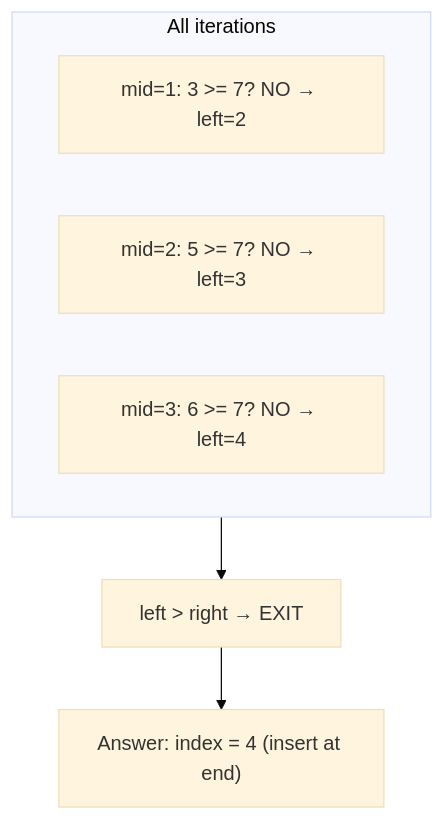
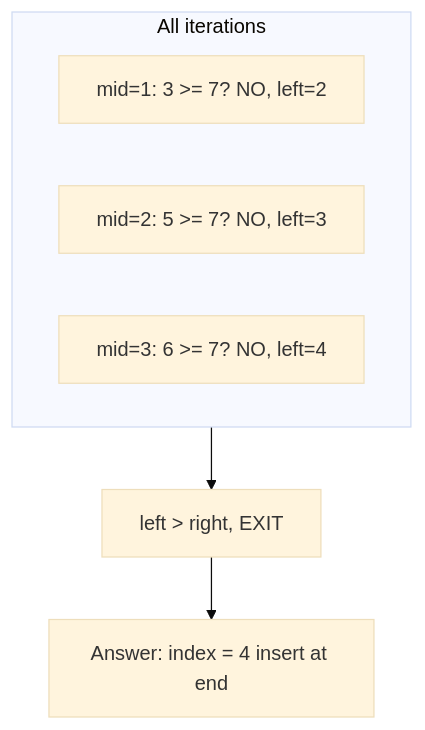
Before and after one commit to pentoshi007/tuf: the fourth of 14 diagrams in dsa/Advanced/04-Binary search/02-logic-building/logic-building-1.md, drawn with Mermaid (base theme). The commit also changed other lines of this file and 1 other file, not shown here.

First line of the commit message:
Fix Mermaid diagram syntax for GitHub compatibility

````diff
--- a/dsa/Advanced/04-Binary search/02-logic-building/logic-building-1.md
+++ b/dsa/Advanced/04-Binary search/02-logic-building/logic-building-1.md
@@ -148,10 +148,10 @@
 ```mermaid
 flowchart TB
     subgraph Process["All iterations"]
-        A["mid=1: 3 >= 7? NO → left=2"]
-        B["mid=2: 5 >= 7? NO → left=3"]
-        C["mid=3: 6 >= 7? NO → left=4"]
+        A["mid=1: 3 >= 7? NO, left=2"]
+        B["mid=2: 5 >= 7? NO, left=3"]
+        C["mid=3: 6 >= 7? NO, left=4"]
     end
-    Process --> D["left > right → EXIT"]
-    D --> E["Answer: index = 4 (insert at end)"]
+    Process --> D["left > right, EXIT"]
+    D --> E["Answer: index = 4 insert at end"]
 ```
````
